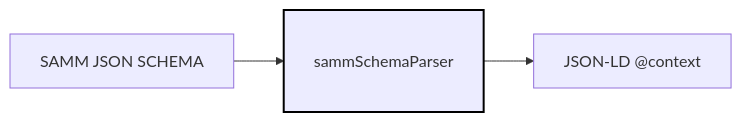
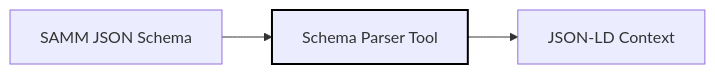
Before and after one commit to eclipse-tractusx/eclipse-tractusx.github.io: the third of 4 diagrams in docs-kits/kits/data-trust-and-security-kit/software-development-view/semantic-verification.md, drawn with Mermaid. The commit also changed other lines of this file and 8 other files, not shown here.

````diff
--- a/docs-kits/kits/data-trust-and-security-kit/software-development-view/semantic-verification.md
+++ b/docs-kits/kits/data-trust-and-security-kit/software-development-view/semantic-verification.md
@@ -59,7 +56,7 @@
 ```mermaid
 flowchart LR
-    SJS["SAMM JSON SCHEMA"] --> SCT["<br>sammSchemaParser<br><br>"]:::big
-    SCT --> JLD["JSON-LD @context"]
+    SJS["SAMM JSON Schema"] --> SCT["Schema Parser Tool"]:::big
+    SCT --> JLD["JSON-LD Context"]
     
     classDef big stroke:#000,stroke-width:2px
 ```
````
